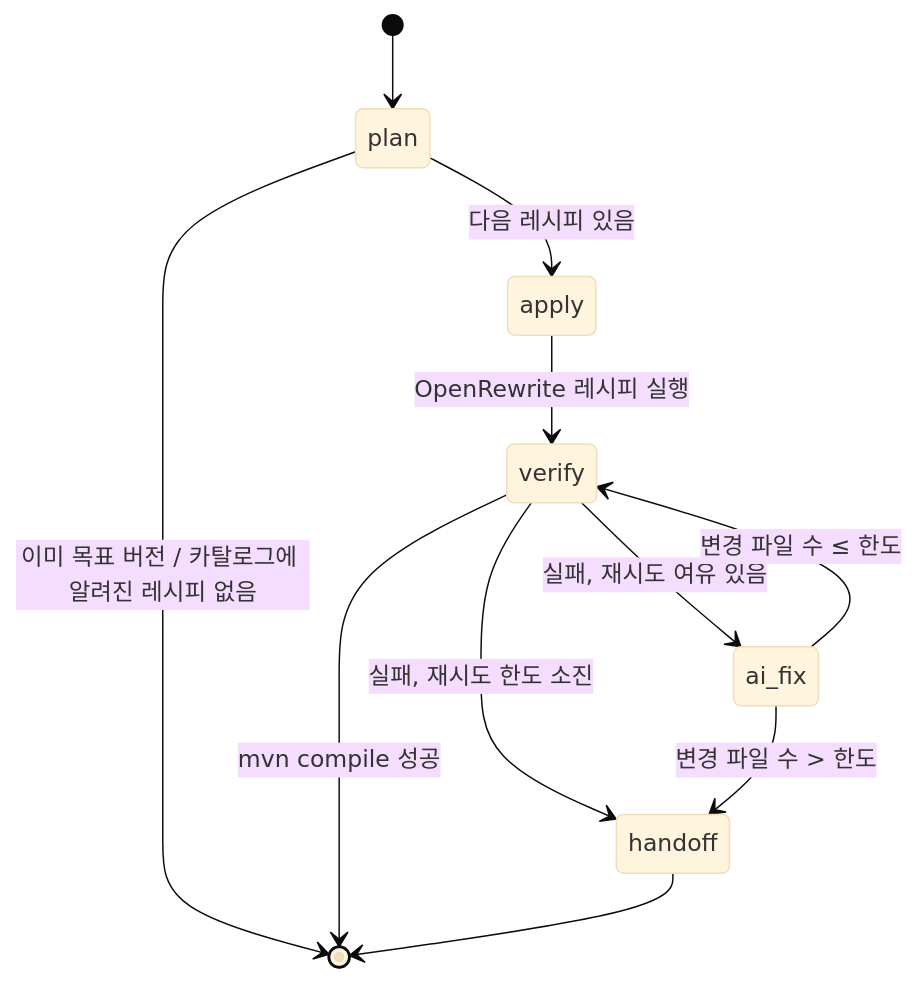
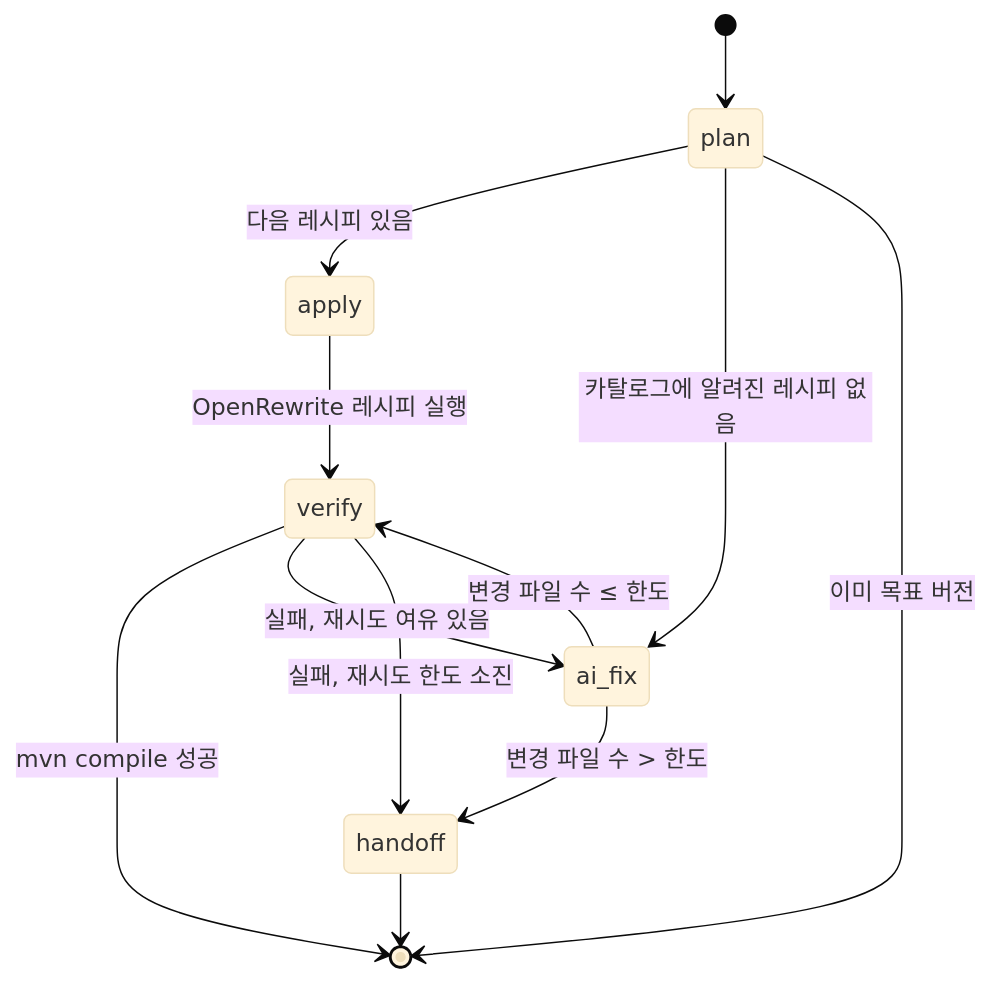
One commit to jinfromkorea/poc-5th-started-brainstorming changed the third of 6 diagrams in docs/architecture.md. Above: the diagram before and after it, drawn with Mermaid (base theme). The commit also changed other lines of this file and 52 other files, not shown here.

````diff
--- a/docs/architecture.md
+++ b/docs/architecture.md
@@ -162,13 +164,14 @@
 ```mermaid
 stateDiagram-v2
     [*] --> plan
     plan --> apply: 다음 레시피 있음
-    plan --> [*]: 이미 목표 버전 / 카탈로그에 알려진 레시피 없음
+    plan --> ai_fix: 카탈로그에 알려진 레시피 없음
+    plan --> [*]: 이미 목표 버전
     apply --> verify: OpenRewrite 레시피 실행
     verify --> [*]: mvn compile 성공
     verify --> ai_fix: 실패, 재시도 여유 있음
     verify --> handoff: 실패, 재시도 한도 소진
     ai_fix --> verify: 변경 파일 수 ≤ 한도
     ai_fix --> handoff: 변경 파일 수 > 한도
     handoff --> [*]
 ```
````
